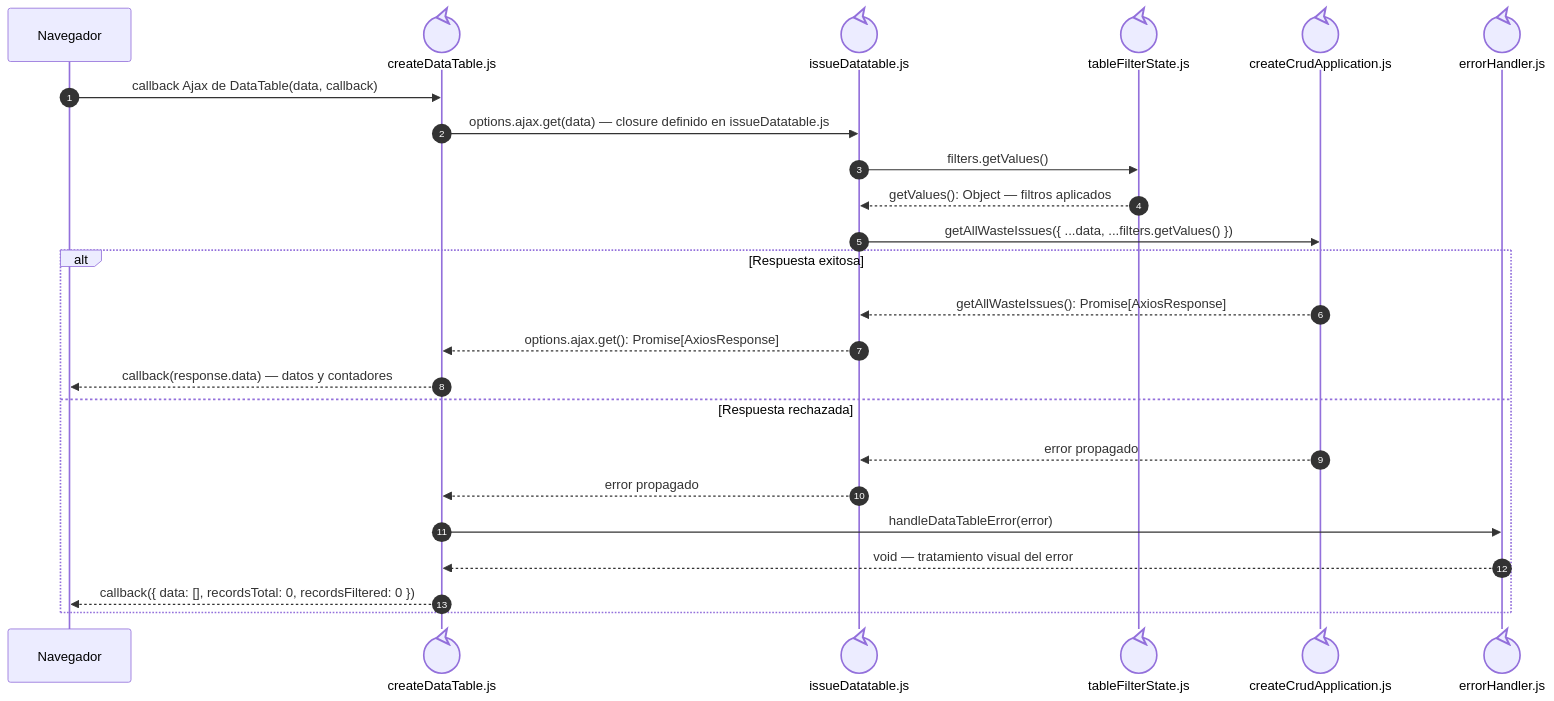
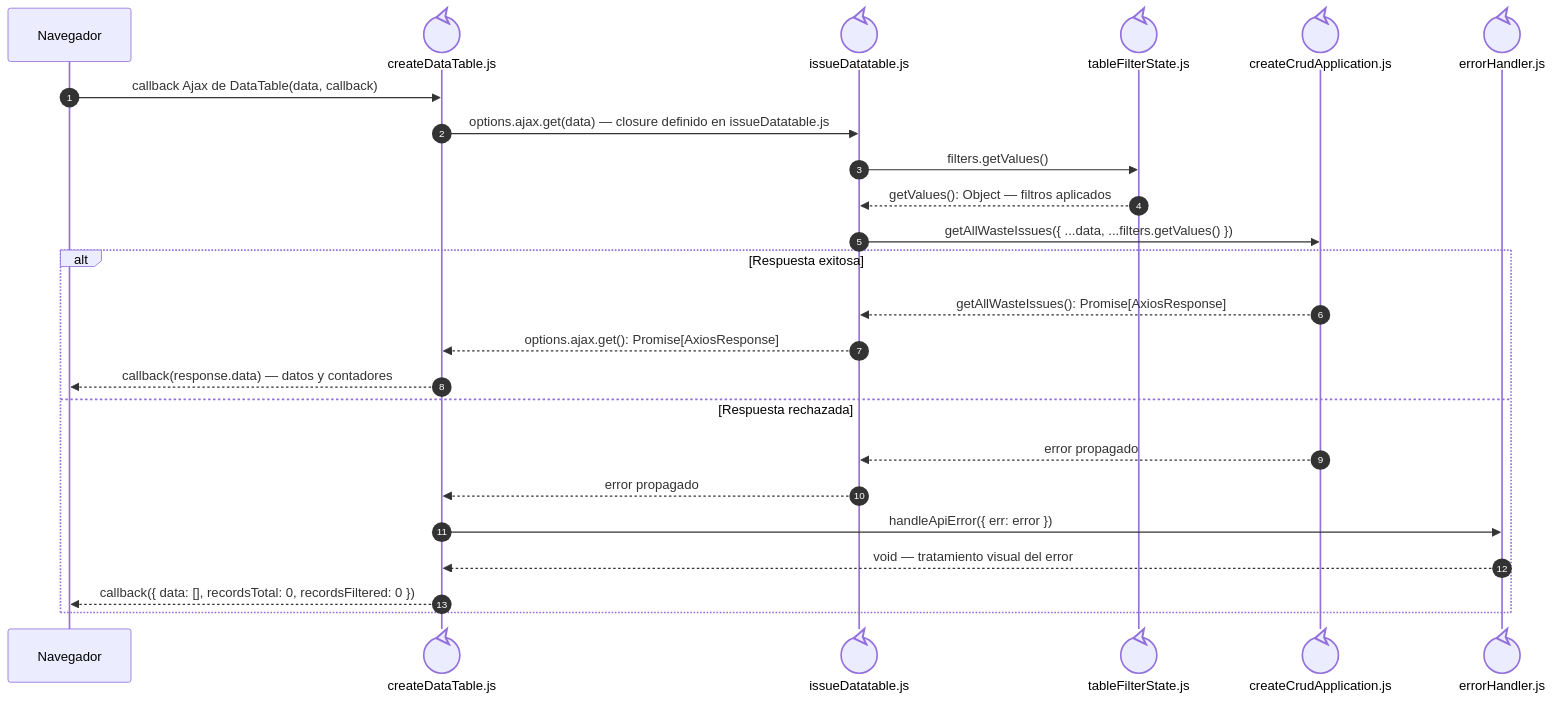
The third of 4 diagrams in docs/architecture/views/processes/frontend-code-sequences/issues/cu-sal-08.md (gpgsistemas01/nexus), drawn with Mermaid before and after one commit. The commit also changed 105 other files, not shown here.

````diff
--- a/docs/architecture/views/processes/frontend-code-sequences/issues/cu-sal-08.md
+++ b/docs/architecture/views/processes/frontend-code-sequences/issues/cu-sal-08.md
@@ -134,27 +134,27 @@
 ```mermaid
 sequenceDiagram
     autonumber
     participant Browser as Navegador
     participant TableCore@{ "type": "control" } as createDataTable.js
     participant IssueTable@{ "type": "control" } as issueDatatable.js
     participant FilterState@{ "type": "control" } as tableFilterState.js
     participant Application@{ "type": "control" } as createCrudApplication.js
     participant Errors@{ "type": "control" } as errorHandler.js
 
     Browser->>TableCore: callback Ajax de DataTable(data, callback)
     TableCore->>IssueTable: options.ajax.get(data) — closure definido en issueDatatable.js
     IssueTable->>FilterState: filters.getValues()
     FilterState-->>IssueTable: getValues(): Object — filtros aplicados
     IssueTable->>Application: getAllWasteIssues({ ...data, ...filters.getValues() })
     alt Respuesta exitosa
         Application-->>IssueTable: getAllWasteIssues(): Promise[AxiosResponse]
         IssueTable-->>TableCore: options.ajax.get(): Promise[AxiosResponse]
         TableCore-->>Browser: callback(response.data) — datos y contadores
     else Respuesta rechazada
         Application-->>IssueTable: error propagado
         IssueTable-->>TableCore: error propagado
-        TableCore->>Errors: handleDataTableError(error)
+        TableCore->>Errors: handleApiError({ err: error })
         Errors-->>TableCore: void — tratamiento visual del error
         TableCore-->>Browser: callback({ data: [], recordsTotal: 0, recordsFiltered: 0 })
     end
 ```
````
